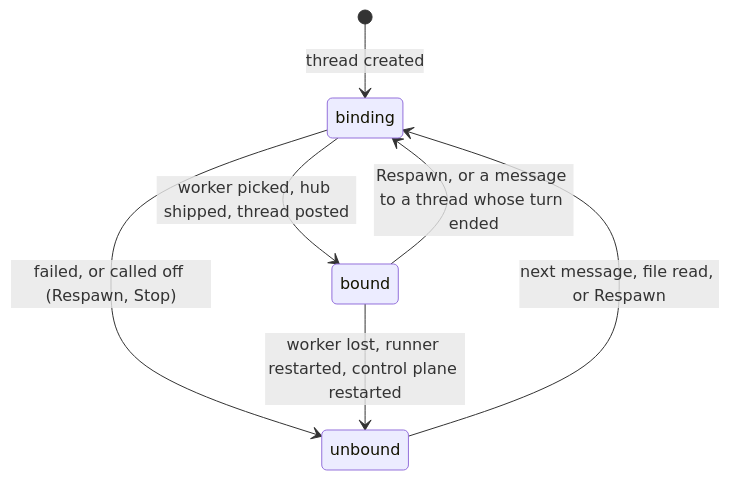
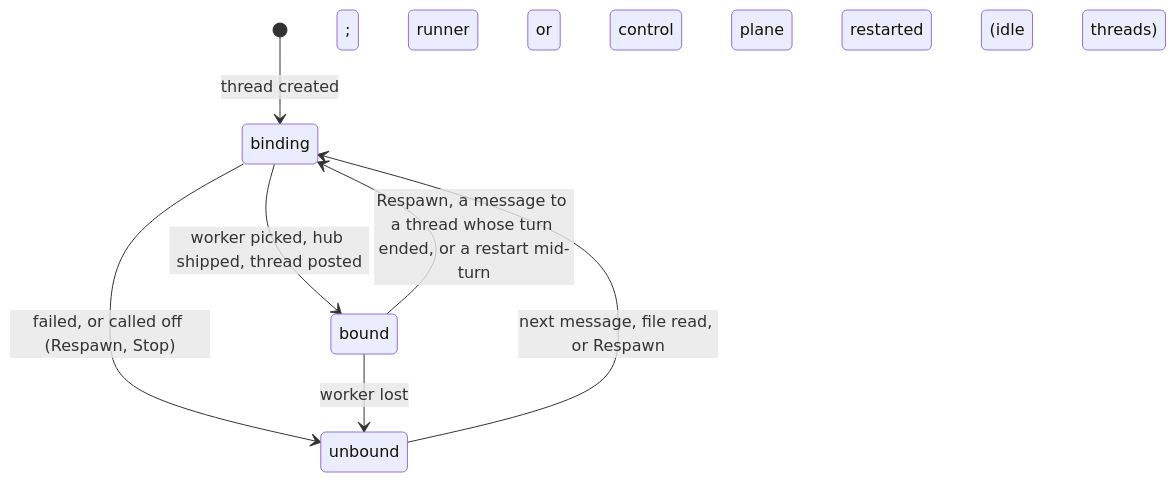
The second of 2 diagrams in docs/worker-lifecycle.md (nandi-conda/orchestrate), drawn with Mermaid before and after one commit. The commit also changed other lines of this file and 14 other files, not shown here.

````diff
--- a/docs/worker-lifecycle.md
+++ b/docs/worker-lifecycle.md
@@ -91,9 +124,9 @@
 ```mermaid
 stateDiagram-v2
     [*] --> binding: thread created
     unbound --> binding: next message, file read, or Respawn
     binding --> bound: worker picked, hub shipped, thread posted
     binding --> unbound: failed, or called off (Respawn, Stop)
-    bound --> unbound: worker lost, runner restarted, control plane restarted
-    bound --> binding: Respawn, or a message to a thread whose turn ended
+    bound --> unbound: worker lost; runner or control plane restarted (idle threads)
+    bound --> binding: Respawn, a message to a thread whose turn ended, or a restart mid-turn
 ```
````
